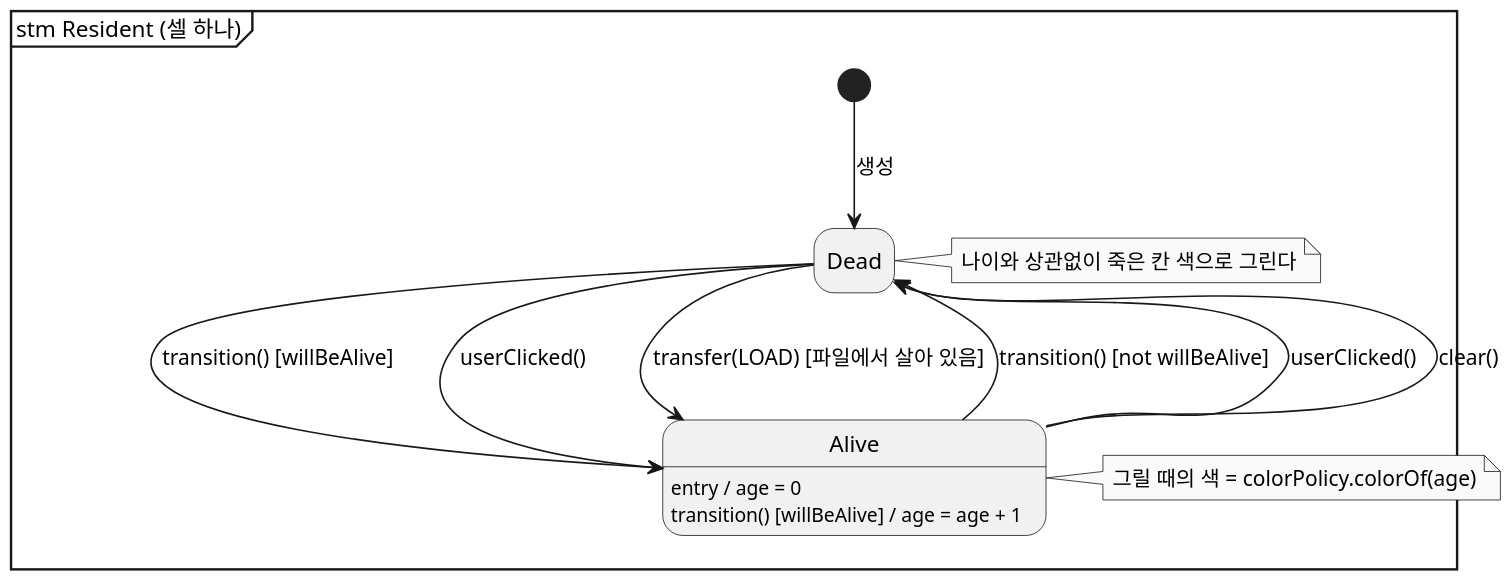
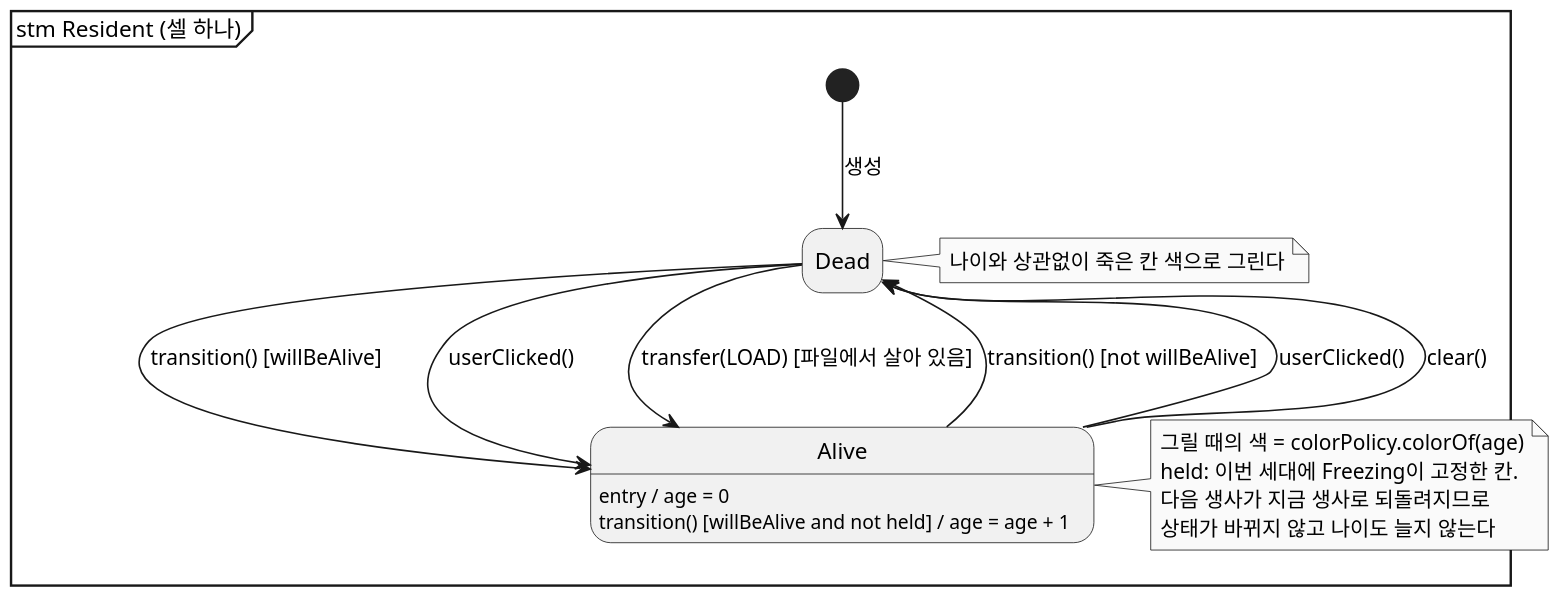
Before and after one commit to mckimR1972/DP_team_project: the diagram in docs/color-gen/diagrams/state-cell-age.puml, drawn with PlantUML. The commit also changed 6 other files, not shown here.

Commit message:
docs: 색 순환 다이어그램에 Freezing 병합 후의 틱 처리와 나이 고정 반영

```diff
--- a/docs/color-gen/diagrams/state-cell-age.puml
+++ b/docs/color-gen/diagrams/state-cell-age.puml
@@ -1,29 +1,32 @@
 @startuml state-cell-age
 skinparam monochrome true
 skinparam dpi 150
 skinparam shadowing false
 skinparam defaultFontName "Malgun Gothic"
 hide empty description
 mainframe stm Resident (셀 하나)
 
 state Dead
 state Alive : entry / age = 0
-state Alive : transition() [willBeAlive] / age = age + 1
+state Alive : transition() [willBeAlive and not held] / age = age + 1
 
 [*] -down-> Dead : 생성
 
 Dead -down-> Alive : transition() [willBeAlive]
 Dead -down-> Alive : userClicked()
 Dead -down-> Alive : transfer(LOAD) [파일에서 살아 있음]
 
 Alive -up-> Dead : transition() [not willBeAlive]
 Alive -up-> Dead : userClicked()
 Alive -up-> Dead : clear()
 
 note right of Alive
   그릴 때의 색 = colorPolicy.colorOf(age)
+  held: 이번 세대에 Freezing이 고정한 칸.
+  다음 생사가 지금 생사로 되돌려지므로
+  상태가 바뀌지 않고 나이도 늘지 않는다
 end note
 note right of Dead
   나이와 상관없이 죽은 칸 색으로 그린다
 end note
 @enduml
```
